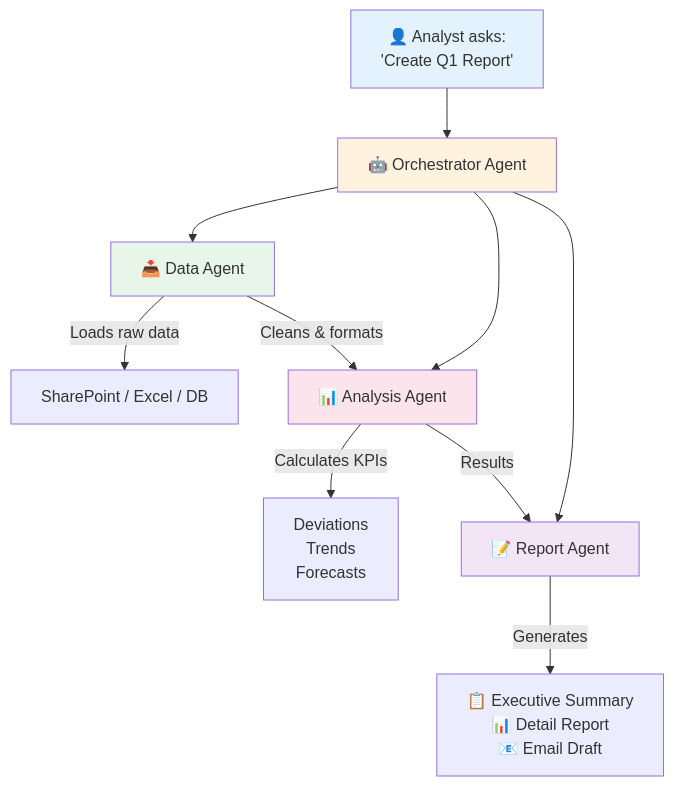
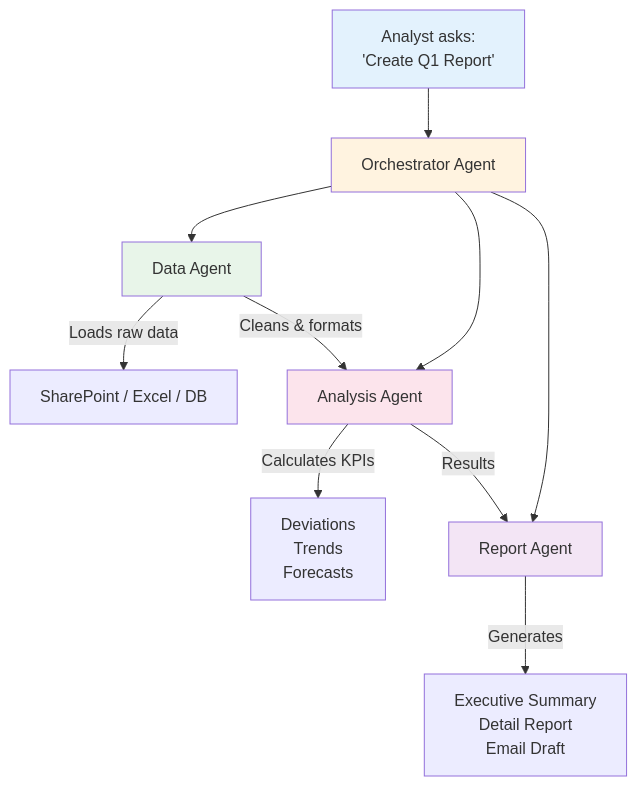
One commit to justinsz/ProPrompt changed the third of 3 diagrams in analysts_en.md. Above: the diagram before and after it, drawn with Mermaid. The commit also changed other lines of this file and 11 other files, not shown here.

````diff
--- a/analysts_en.md
+++ b/analysts_en.md
@@ -288,19 +288,19 @@
 ```mermaid
 flowchart TB
-    A[👤 Analyst asks:<br/>'Create Q1 Report'] --> B[🤖 Orchestrator Agent]
-    B --> C[📥 Data Agent]
-    B --> D[📊 Analysis Agent]
-    B --> E[📝 Report Agent]
-    
+    A[Analyst asks:<br/>'Create Q1 Report'] --> B[Orchestrator Agent]
+    B --> C[Data Agent]
+    B --> D[Analysis Agent]
+    B --> E[Report Agent]
+
     C --> |Loads raw data| C1[SharePoint / Excel / DB]
     C --> |Cleans & formats| D
     D --> |Calculates KPIs| D1[Deviations<br/>Trends<br/>Forecasts]
     D --> |Results| E
-    E --> |Generates| E1[📋 Executive Summary<br/>📊 Detail Report<br/>📧 Email Draft]
-    
+    E --> |Generates| E1[Executive Summary<br/> Detail Report<br/> Email Draft]
+
     style A fill:#e3f2fd
     style B fill:#fff3e0
     style C fill:#e8f5e9
     style D fill:#fce4ec
     style E fill:#f3e5f5
 ```
````
